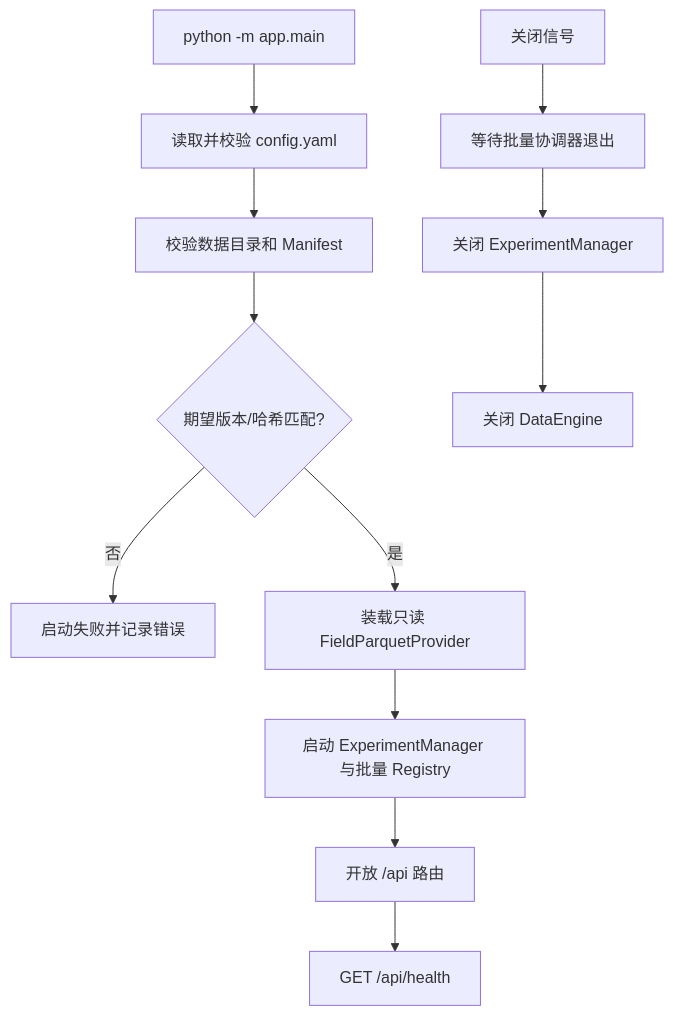
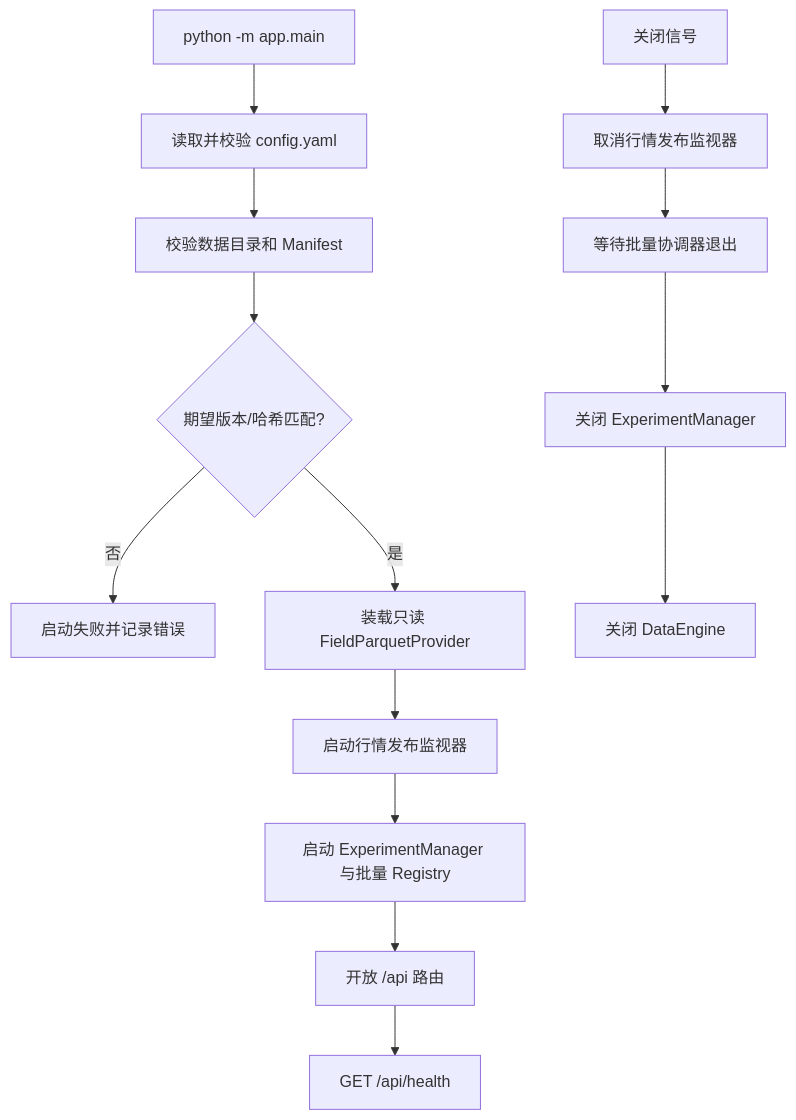
Before and after one commit to dushilieerem/221: the first of 3 diagrams in docs/系统文档/模块详细设计/研究引擎/流程设计.md, drawn with Mermaid. The commit also changed other lines of this file and 8 other files, not shown here.

````diff
--- a/docs/系统文档/模块详细设计/研究引擎/流程设计.md
+++ b/docs/系统文档/模块详细设计/研究引擎/流程设计.md
@@ -29,14 +30,16 @@
 ```mermaid
 flowchart TD
     A[python -m app.main] --> B[读取并校验 config.yaml]
     B --> C[校验数据目录和 Manifest]
     C --> D{期望版本/哈希匹配?}
     D -- 否 --> E[启动失败并记录错误]
     D -- 是 --> F[装载只读 FieldParquetProvider]
-    F --> G[启动 ExperimentManager 与批量 Registry]
+    F --> W[启动行情发布监视器]
+    W --> G[启动 ExperimentManager 与批量 Registry]
     G --> H[开放 /api 路由]
     H --> I[GET /api/health]
-    J[关闭信号] --> K[等待批量协调器退出]
+    J[关闭信号] --> J2[取消行情发布监视器]
+    J2 --> K[等待批量协调器退出]
     K --> L[关闭 ExperimentManager]
     L --> M[关闭 DataEngine]
 ```
````
